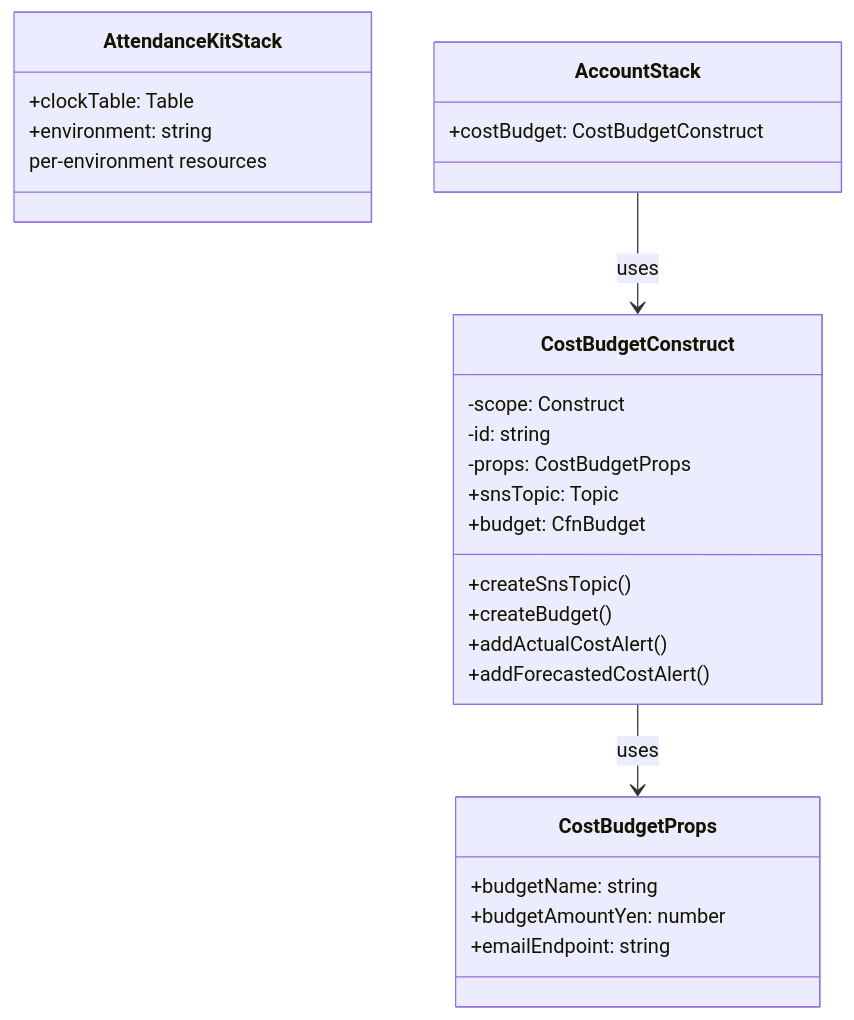
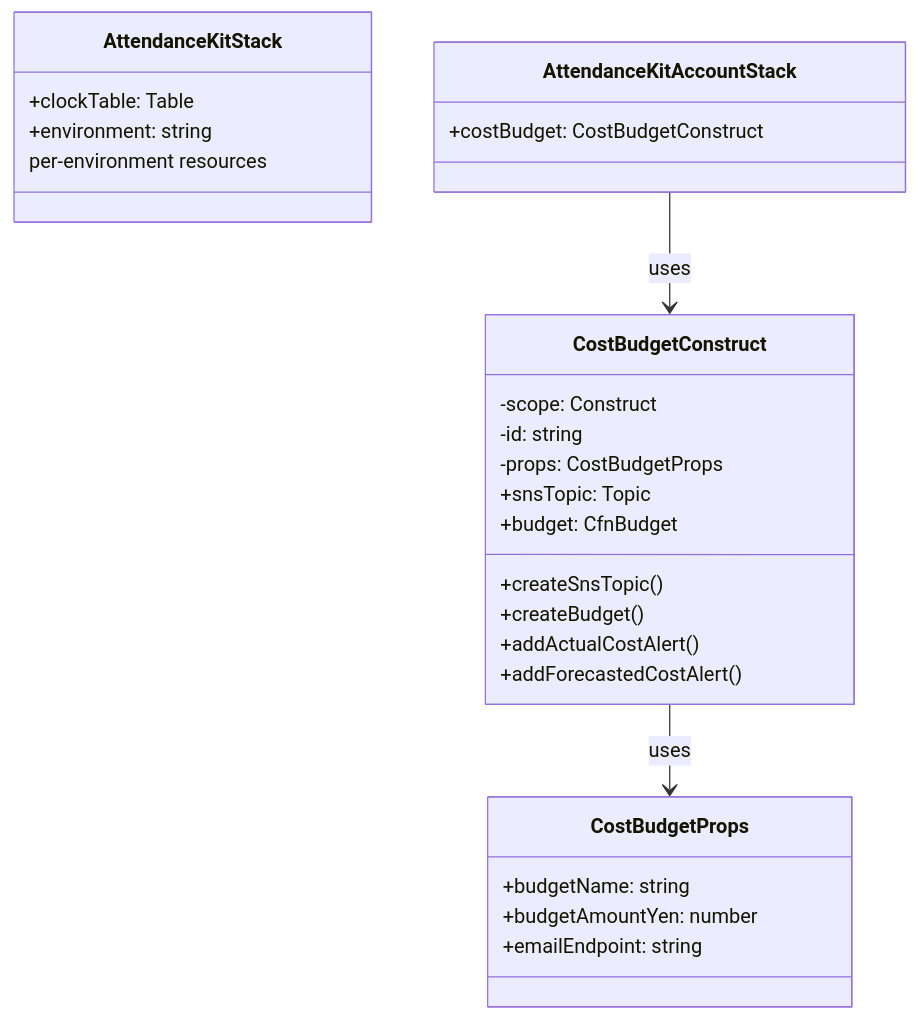
One commit to goataka/attendance-kit changed the third of 3 diagrams in specs/2-aws-cost-usage-alerts/plan.md. Above: the diagram before and after it, drawn with Mermaid. The commit also changed other lines of this file and 1 other file, not shown here.

Commit message:
スタック命名規則を統一: AttendanceKitAccountStack に変更

````diff
--- a/specs/2-aws-cost-usage-alerts/plan.md
+++ b/specs/2-aws-cost-usage-alerts/plan.md
@@ -130,33 +134,33 @@
 ```mermaid
 classDiagram
     class CostBudgetConstruct {
         -scope: Construct
         -id: string
         -props: CostBudgetProps
         +snsTopic: Topic
         +budget: CfnBudget
         +createSnsTopic()
         +createBudget()
         +addActualCostAlert()
         +addForecastedCostAlert()
     }
     
     class CostBudgetProps {
         +budgetName: string
         +budgetAmountYen: number
         +emailEndpoint: string
     }
     
     class AttendanceKitStack {
         +clockTable: Table
         +environment: string
     }
     
-    class AccountStack {
+    class AttendanceKitAccountStack {
         +costBudget: CostBudgetConstruct
     }
     
-    AccountStack --> CostBudgetConstruct : uses
+    AttendanceKitAccountStack --> CostBudgetConstruct : uses
     CostBudgetConstruct --> CostBudgetProps : uses
     AttendanceKitStack : per-environment resources
 ```
````
